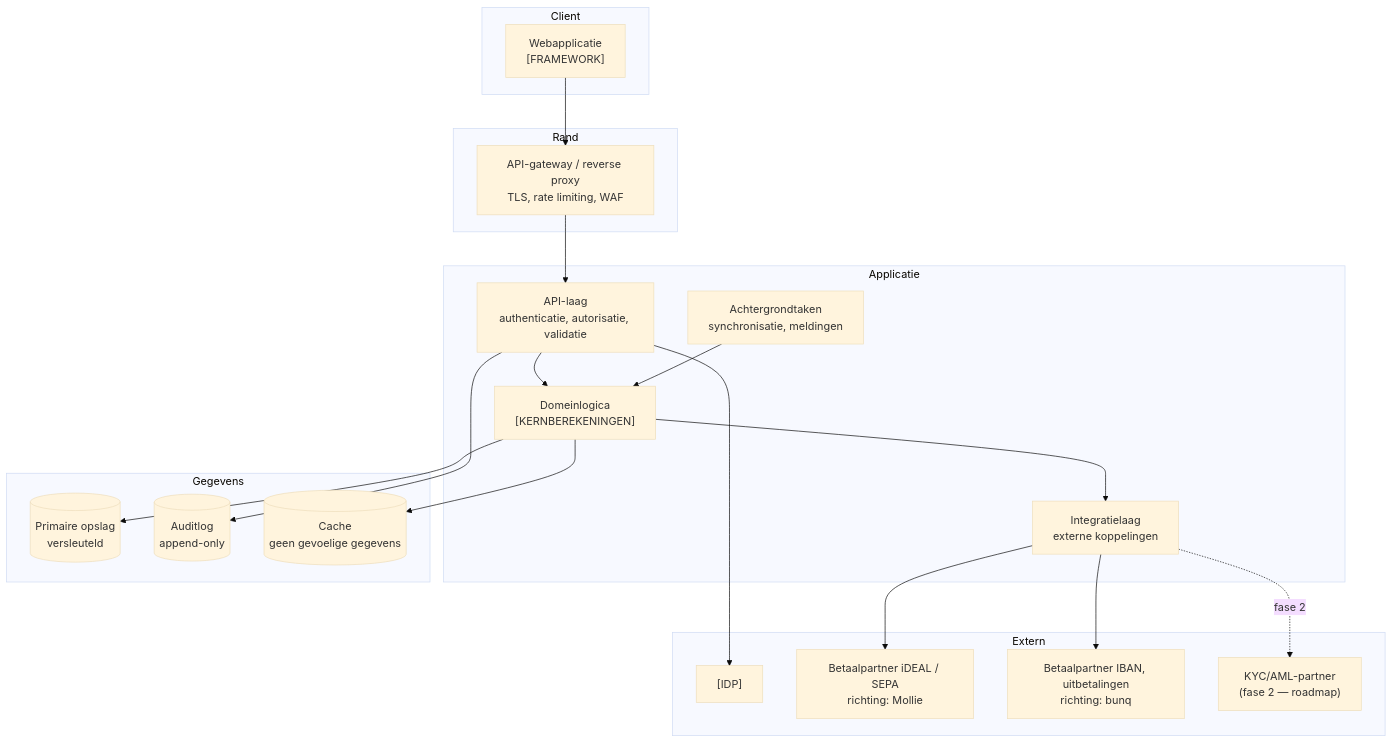
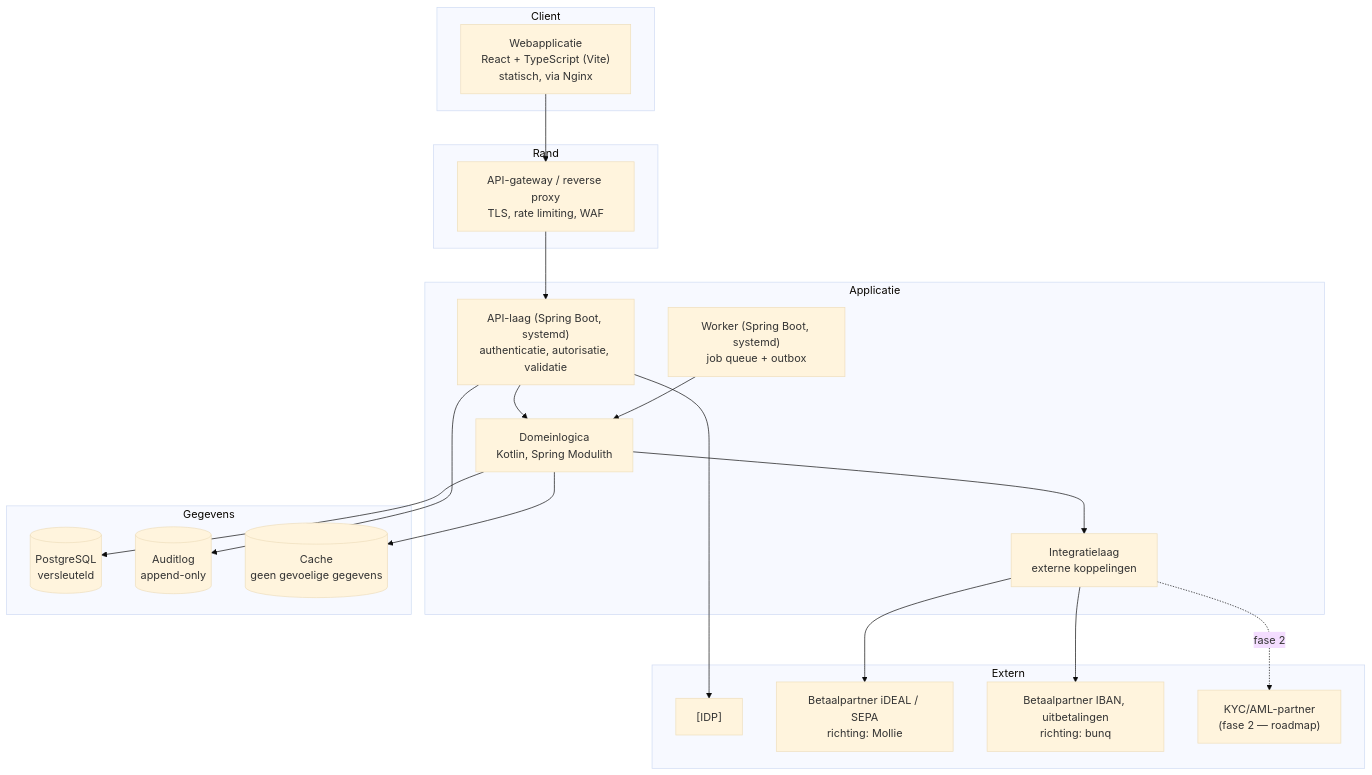
One commit to WildcatKSS/SolidYield changed the diagram in docs/architecture/architecture-overview.md. Above: the diagram before and after it, drawn with Mermaid (base theme). The commit also changed other lines of this file and 19 other files, not shown here.

````diff
--- a/docs/architecture/architecture-overview.md
+++ b/docs/architecture/architecture-overview.md
@@ -23,37 +26,37 @@
 ```mermaid
 graph TB
     subgraph client["Client"]
-        WEB["Webapplicatie<br/>[FRAMEWORK]"]
+        WEB["Webapplicatie<br/>React + TypeScript (Vite)<br/>statisch, via Nginx"]
     end
     subgraph edge["Rand"]
         GW["API-gateway / reverse proxy<br/>TLS, rate limiting, WAF"]
     end
     subgraph app["Applicatie"]
-        API["API-laag<br/>authenticatie, autorisatie, validatie"]
-        DOM["Domeinlogica<br/>[KERNBEREKENINGEN]"]
+        API["API-laag (Spring Boot, systemd)<br/>authenticatie, autorisatie, validatie"]
+        DOM["Domeinlogica<br/>Kotlin, Spring Modulith"]
         INT["Integratielaag<br/>externe koppelingen"]
-        JOB["Achtergrondtaken<br/>synchronisatie, meldingen"]
+        JOB["Worker (Spring Boot, systemd)<br/>job queue + outbox"]
     end
     subgraph data["Gegevens"]
-        DB[("Primaire opslag<br/>versleuteld")]
+        DB[("PostgreSQL<br/>versleuteld")]
         AUD[("Auditlog<br/>append-only")]
         CACHE[("Cache<br/>geen gevoelige gegevens")]
     end
     subgraph ext["Extern"]
         IDP["[IDP]"]
         MOL["Betaalpartner iDEAL / SEPA<br/>richting: Mollie"]
         BUNQ["Betaalpartner IBAN, uitbetalingen<br/>richting: bunq"]
         KYCP["KYC/AML-partner<br/>(fase 2 — roadmap)"]
     end
 
     WEB --> GW --> API
     API --> DOM --> DB
     API --> AUD
     DOM --> INT
     INT --> MOL
     INT --> BUNQ
     INT -.fase 2.-> KYCP
     API --> IDP
     JOB --> DOM
     DOM --> CACHE
 ```
````
